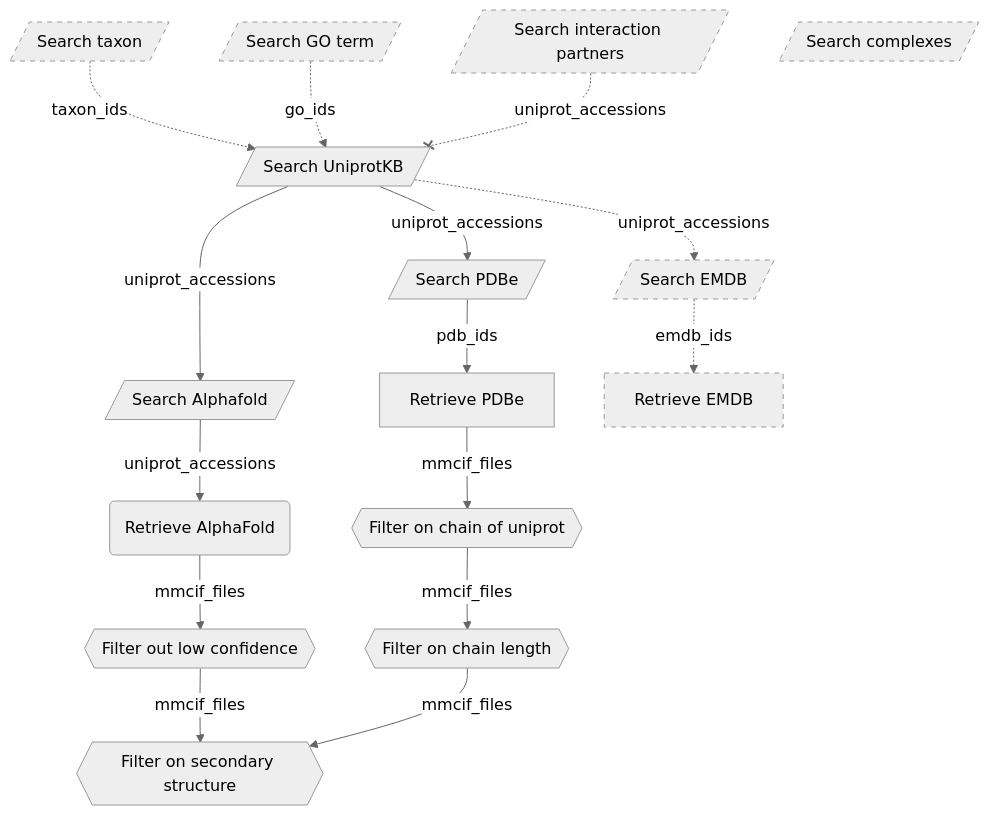
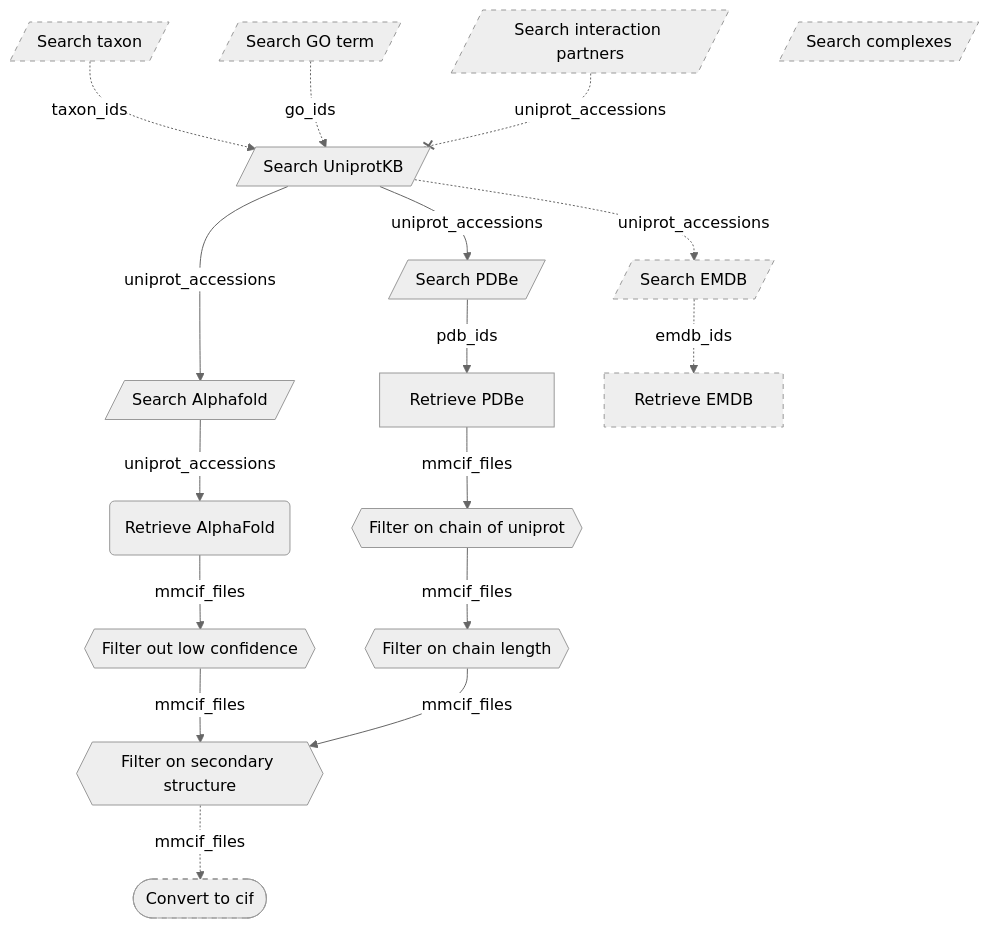
Before and after one commit to haddocking/protein-quest: the diagram in README.md, drawn with Mermaid (neutral theme). The commit also changed other lines of this file and 3 other files, not shown here.

Commit message:
Add convert to cif functionality

````diff
--- a/README.md
+++ b/README.md
@@ -26,25 +26,27 @@
 ```mermaid
 graph TB;
     taxonomy[/Search taxon/] -. taxon_ids .-> searchuniprot[/Search UniprotKB/]
     goterm[/Search GO term/] -. go_ids .-> searchuniprot[/Search UniprotKB/]
     searchuniprot --> |uniprot_accessions|searchpdbe[/Search PDBe/]
     searchuniprot --> |uniprot_accessions|searchaf[/Search Alphafold/]
     searchuniprot -. uniprot_accessions .-> searchemdb[/Search EMDB/]
     searchintactionpartners[/Search interaction partners/] -.-x |uniprot_accessions|searchuniprot
     searchcomplexes[/Search complexes/]
     searchpdbe -->|pdb_ids|fetchpdbe[Retrieve PDBe]
     searchaf --> |uniprot_accessions|fetchad(Retrieve AlphaFold)
     searchemdb -. emdb_ids .->fetchemdb[Retrieve EMDB]
     fetchpdbe -->|mmcif_files| chainfilter{{Filter on chain of uniprot}}
     chainfilter --> |mmcif_files| residuefilter{{Filter on chain length}}
     fetchad -->|mmcif_files| confidencefilter{{Filter out low confidence}}
     confidencefilter --> |mmcif_files| ssfilter{{Filter on secondary structure}}
     residuefilter --> |mmcif_files| ssfilter
+    ssfilter -. mmcif_files .-> convert2cif([Convert to cif])
     classDef dashedBorder stroke-dasharray: 5 5;
     goterm:::dashedBorder
     taxonomy:::dashedBorder
     searchemdb:::dashedBorder
     fetchemdb:::dashedBorder
     searchintactionpartners:::dashedBorder
     searchcomplexes:::dashedBorder
+    convert2cif:::dashedBorder
 ```
````
